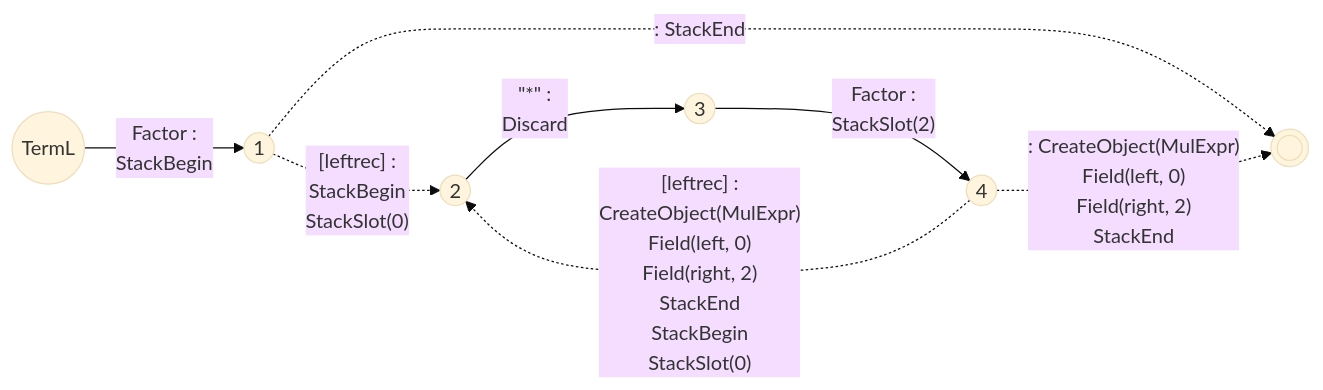
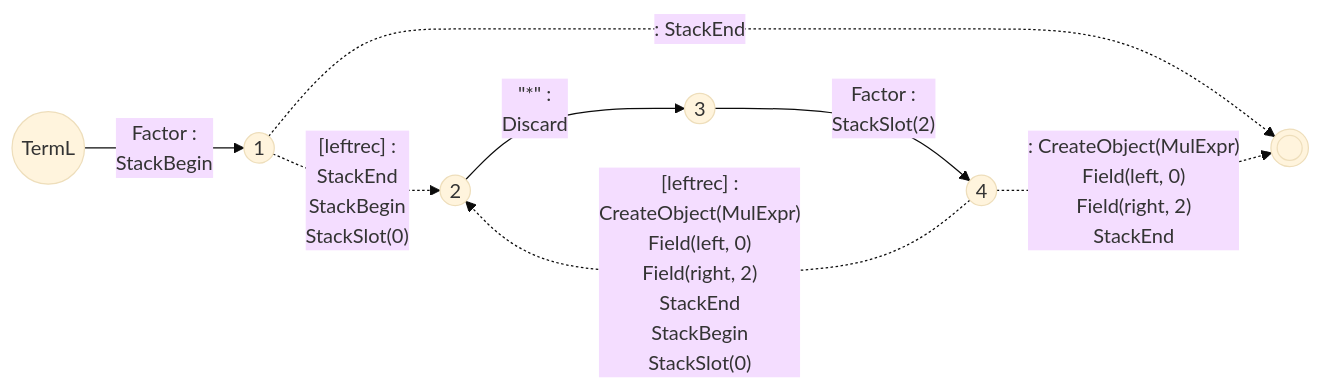
Diagram 21 of 21 in Blog/GLR-Refactoring/Mermaid.md (vczh-websites/vczh), drawn with Mermaid (base theme) before and after one commit.

````diff
--- a/Blog/GLR-Refactoring/Mermaid.md
+++ b/Blog/GLR-Refactoring/Mermaid.md
@@ -571,24 +571,25 @@
 ```mermaid
 graph LR
   S((TermL))-- Factor :
     StackBegin --> 1
   1((1))-. : StackEnd .->E((( )))
   2((2))-- #quot;*#quot; :
     Discard --> 3
   3((3))-- Factor :
     StackSlot(2) --> 4
   4((4))-. : CreateObject(MulExpr)
     Field(left, 0)
     Field(right, 2)
     StackEnd .->E
   1-. [leftrec] :
+    StackEnd
     StackBegin
     StackSlot(0) .->2
   4-. [leftrec] :
     CreateObject(MulExpr)
     Field(left, 0)
     Field(right, 2)
     StackEnd
     StackBegin
     StackSlot(0) .->2
 ```
````
